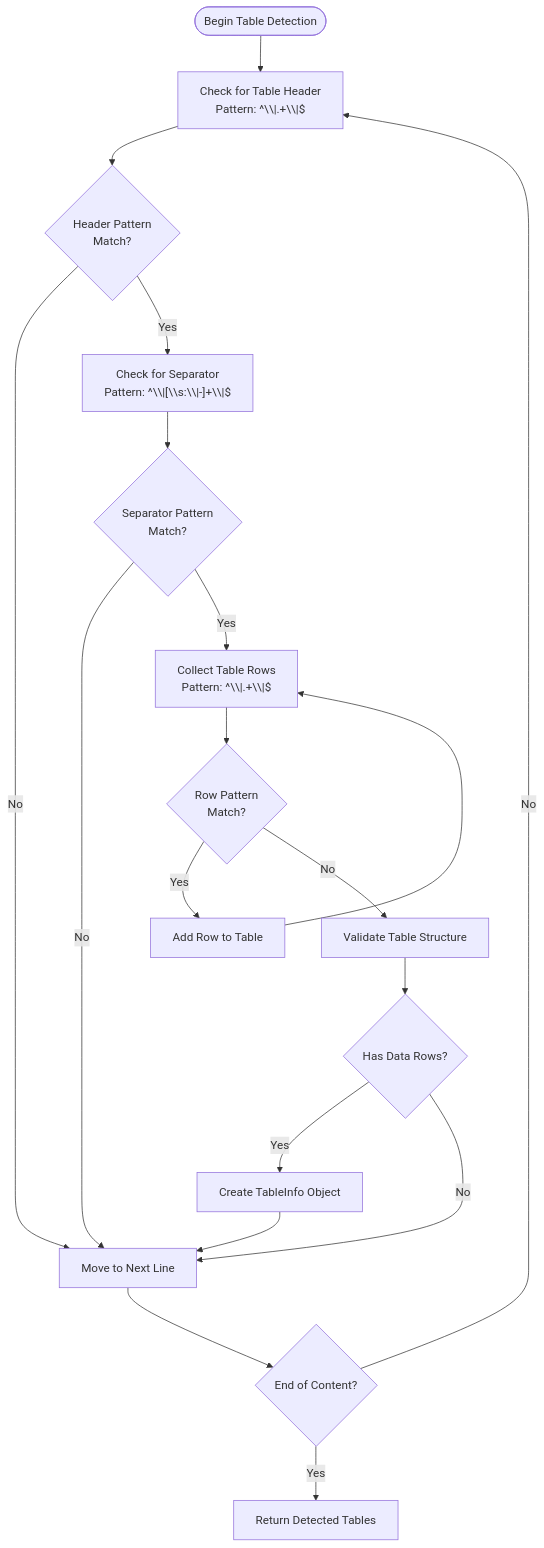
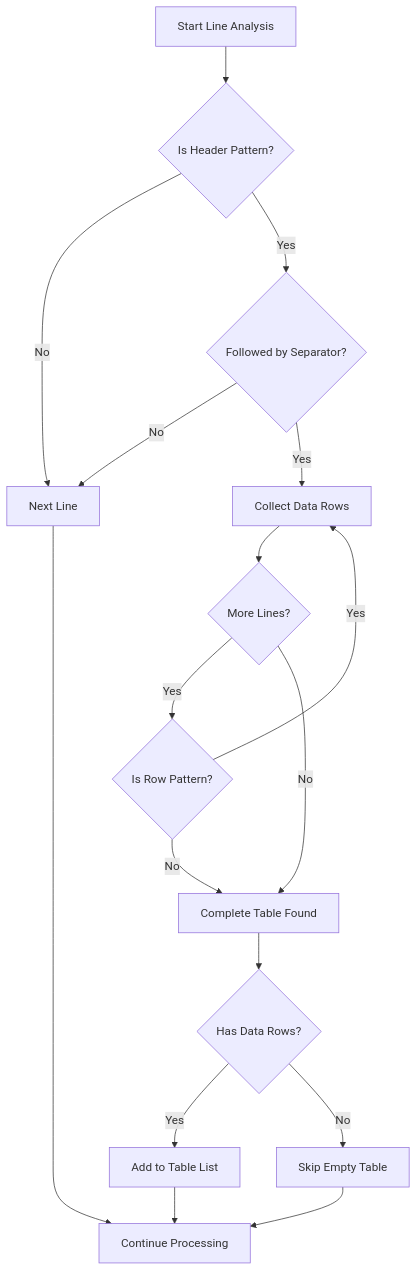
One commit to asukhodko/dify-markdown-chunker changed the third of 6 diagrams in .qoder/repowiki/en/content/Chunking Strategies/Table Strategy.md. Above: the diagram before and after it, drawn with Mermaid. The commit also changed other lines of this file and 205 other files, not shown here.

````diff
--- a/.qoder/repowiki/en/content/Chunking Strategies/Table Strategy.md
+++ b/.qoder/repowiki/en/content/Chunking Strategies/Table Strategy.md
@@ -121,21 +168,19 @@
 ```mermaid
 flowchart TD
-Start([Begin Table Detection]) --> CheckHeader["Check for Table Header<br/>Pattern: ^\\|.+\\|$"]
-CheckHeader --> HeaderMatch{"Header Pattern<br/>Match?"}
-HeaderMatch --> |No| NextLine["Move to Next Line"]
-HeaderMatch --> |Yes| CheckSeparator["Check for Separator<br/>Pattern: ^\\|[\\s:\\|-]+\\|$"]
-CheckSeparator --> SeparatorMatch{"Separator Pattern<br/>Match?"}
-SeparatorMatch --> |No| NextLine
-SeparatorMatch --> |Yes| CollectRows["Collect Table Rows<br/>Pattern: ^\\|.+\\|$"]
-CollectRows --> RowMatch{"Row Pattern<br/>Match?"}
-RowMatch --> |Yes| AddRow["Add Row to Table"]
-AddRow --> CollectRows
-RowMatch --> |No| ValidateTable["Validate Table Structure"]
-ValidateTable --> HasRows{"Has Data Rows?"}
-HasRows --> |Yes| CreateTableInfo["Create TableInfo Object"]
-HasRows --> |No| NextLine
-CreateTableInfo --> NextLine
-NextLine --> End{"End of Content?"}
-End --> |No| CheckHeader
-End --> |Yes| ReturnTables["Return Detected Tables"]
+A["Start Line Analysis"] --> B{"Is Header Pattern?"}
+B --> |No| C["Next Line"]
+B --> |Yes| D{"Followed by Separator?"}
+D --> |No| C
+D --> |Yes| E["Collect Data Rows"]
+E --> F{"More Lines?"}
+F --> |Yes| G{"Is Row Pattern?"}
+G --> |Yes| E
+G --> |No| H["Complete Table Found"]
+F --> |No| H
+H --> I{"Has Data Rows?"}
+I --> |Yes| J["Add to Table List"]
+I --> |No| K["Skip Empty Table"]
+J --> L["Continue Processing"]
+K --> L
+C --> L
 ```
````
